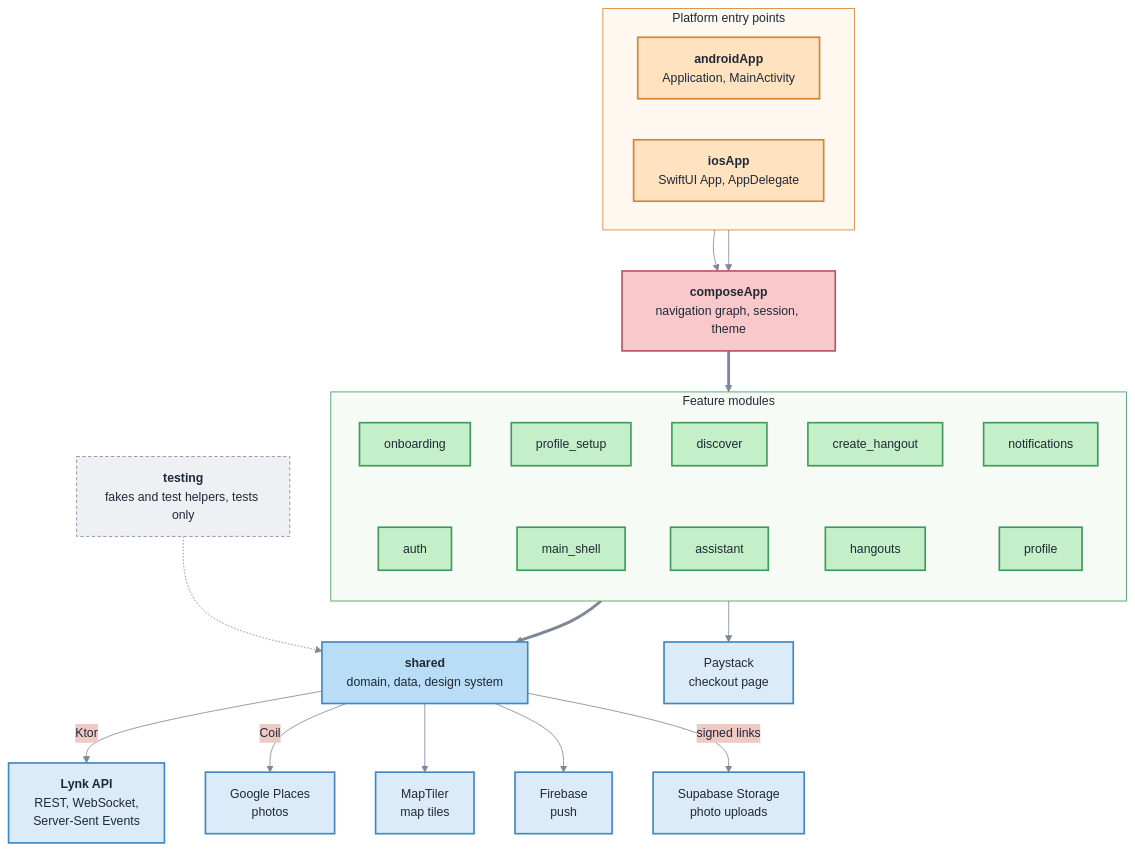
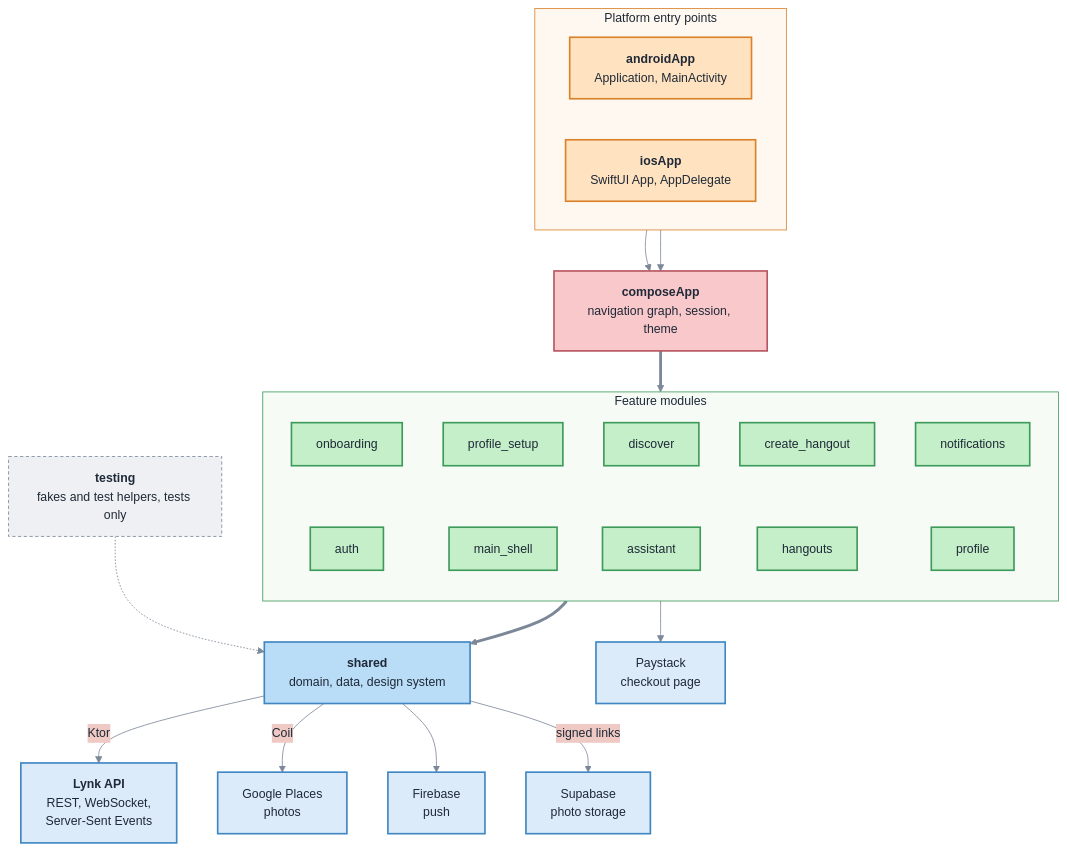
The diagram in README.md (EEseka/Lynk), drawn with Mermaid before and after one commit. The commit also changed other lines of this file, not shown here.

````diff
--- a/README.md
+++ b/README.md
@@ -67,56 +68,54 @@
 ```mermaid
 %%{init: {"theme": "base", "themeVariables": {"fontFamily": "-apple-system, BlinkMacSystemFont, Segoe UI, Helvetica, Arial, sans-serif", "fontSize": "15px", "primaryColor": "#C4EFC9", "primaryTextColor": "#1F2937", "primaryBorderColor": "#3E9A5B", "lineColor": "#7C8798", "clusterBkg": "#F6FBF6", "clusterBorder": "#3E9A5B", "titleColor": "#1F2937"}}}%%
 flowchart TB
     subgraph APPS ["Platform entry points"]
         direction LR
         ANDROID["<b>androidApp</b><br/>Application, MainActivity"]
         IOS["<b>iosApp</b><br/>SwiftUI App, AppDelegate"]
     end
 
     COMPOSE["<b>composeApp</b><br/>navigation graph, session, theme"]
 
     subgraph FEATURES ["Feature modules"]
         direction TB
         ONB["onboarding"] ~~~ AUTH["auth"]
         SETUP["profile_setup"] ~~~ SHELL["main_shell"]
         DISC["discover"] ~~~ AI["assistant"]
         CREATE["create_hangout"] ~~~ HANG["hangouts"]
         NOTIF["notifications"] ~~~ PROF["profile"]
     end
 
     SHARED["<b>shared</b><br/>domain, data, design system"]
     TESTING["<b>testing</b><br/>fakes and test helpers, tests only"]
 
     API["<b>Lynk API</b><br/>REST, WebSocket,<br/>Server-Sent Events"]
     GOOGLE["Google Places<br/>photos"]
-    MAP["MapTiler<br/>map tiles"]
     PAYSTACK["Paystack<br/>checkout page"]
     FCM["Firebase<br/>push"]
-    STORAGE["Supabase Storage<br/>photo uploads"]
+    STORAGE["Supabase<br/>photo storage"]
 
     ANDROID --> COMPOSE
     IOS --> COMPOSE
     COMPOSE ==> FEATURES
     FEATURES ==> SHARED
     TESTING -.-> SHARED
     SHARED -->|Ktor| API
     SHARED -->|Coil| GOOGLE
-    SHARED --> MAP
     SHARED --> FCM
     SHARED -->|signed links| STORAGE
     HANG --> PAYSTACK
 
     classDef client fill:#FFE2BF,stroke:#D9822B,color:#1F2937,stroke-width:2px
     classDef app fill:#F8C8CB,stroke:#B85560,color:#1F2937,stroke-width:2px
     classDef unit fill:#C4EFC9,stroke:#3E9A5B,color:#1F2937,stroke-width:2px
     classDef common fill:#B9DCF7,stroke:#3F86C2,color:#1F2937,stroke-width:2px
     classDef test fill:#EEF0F3,stroke:#7C8798,color:#1F2937,stroke-width:1px,stroke-dasharray: 4 3
     classDef ext fill:#DCEBFA,stroke:#3F86C2,color:#1F2937,stroke-width:2px
     class ANDROID,IOS client
     class COMPOSE app
     class ONB,AUTH,SETUP,SHELL,DISC,CREATE,HANG,NOTIF,PROF,AI unit
     class SHARED common
     class TESTING test
-    class API,GOOGLE,MAP,PAYSTACK,FCM,STORAGE ext
+    class API,GOOGLE,PAYSTACK,FCM,STORAGE ext
     style APPS fill:#FFF8F0,stroke:#D9822B,color:#1F2937
 ```
````
